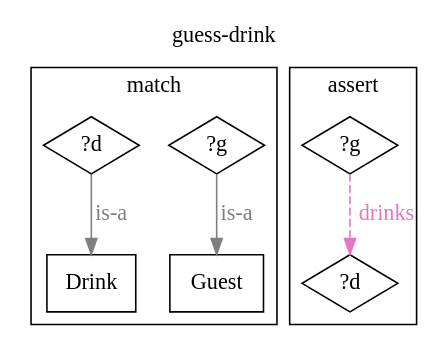
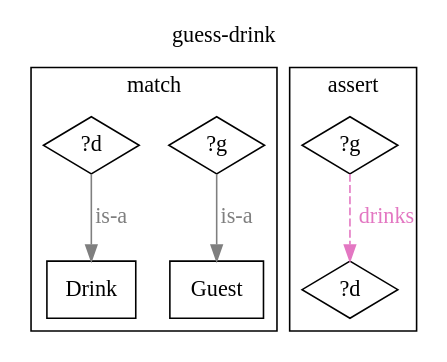
Before and after one commit to agutikov/ein: the diagram in docs/ein/reasoning/02-kb-evolution/diagrams/04-rule-guess-drink.dot, drawn with Graphviz. The commit also changed 25 other files, not shown here.

First line of the commit message:
A folded rule panel sets the rank separation the runner's Graphviz needs (R-42).

```diff
--- a/docs/ein/reasoning/02-kb-evolution/diagrams/04-rule-guess-drink.dot
+++ b/docs/ein/reasoning/02-kb-evolution/diagrams/04-rule-guess-drink.dot
@@ -1,17 +1,18 @@
 digraph rule_guess_drink_lhs_rhs {
   rankdir=TB;
   label="guess-drink"; labelloc=t;
+  ranksep=0.55;
   subgraph cluster_lhs { label="match";
     "?g_L" [label="?g", shape=diamond];
     "Guest_L" [label="Guest", shape=box];
     "?d_L" [label="?d", shape=diamond];
     "Drink_L" [label="Drink", shape=box];
     "?g_L" -> "Guest_L" [label="is-a", color="#7f7f7f", fontcolor="#7f7f7f"];
     "?d_L" -> "Drink_L" [label="is-a", color="#7f7f7f", fontcolor="#7f7f7f"];
   }
   subgraph cluster_rhs { label="assert";
     "?g_R" [label="?g", shape=diamond];
     "?d_R" [label="?d", shape=diamond];
     "?g_R" -> "?d_R" [label="drinks", color="#e377c2", fontcolor="#e377c2", style=dashed];
   }
 }
```
